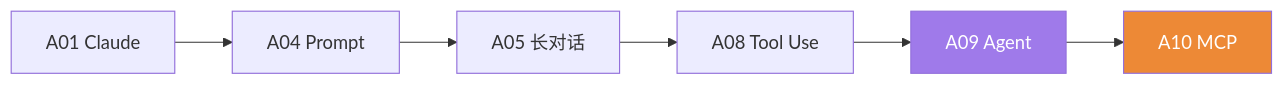
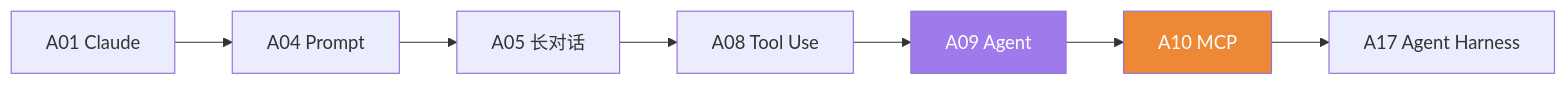
Diagram 15 of 17 in ai-backend/ROADMAP.md (Kirby980/backend-handbook), drawn with Mermaid before and after one commit. The commit also changed other lines of this file and 16 other files, not shown here.

````diff
--- a/ai-backend/ROADMAP.md
+++ b/ai-backend/ROADMAP.md
@@ -267,11 +302,12 @@
 ```mermaid
 graph LR
     G1[A01 Claude] --> G2[A04 Prompt]
     G2 --> G3[A05 长对话]
     G3 --> G4[A08 Tool Use]
     G4 --> G5[A09 Agent]
     G5 --> G6[A10 MCP]
+    G6 --> G7[A17 Agent Harness]
 
     style G5 fill:#9f7aea,color:#fff
     style G6 fill:#ed8936,color:#fff
 ```
````
